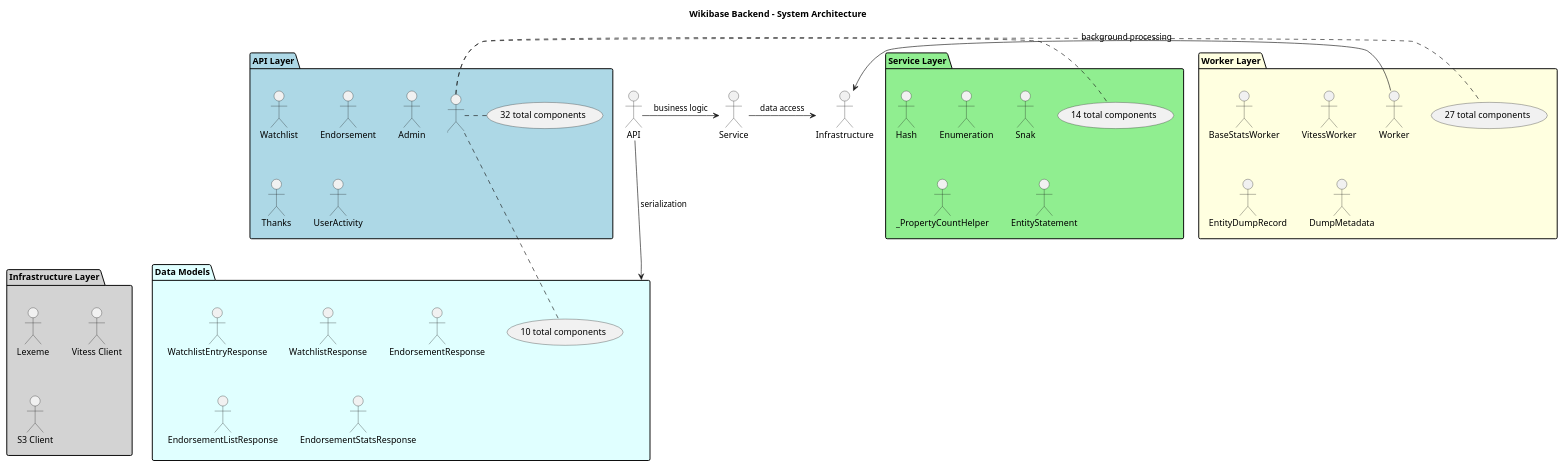
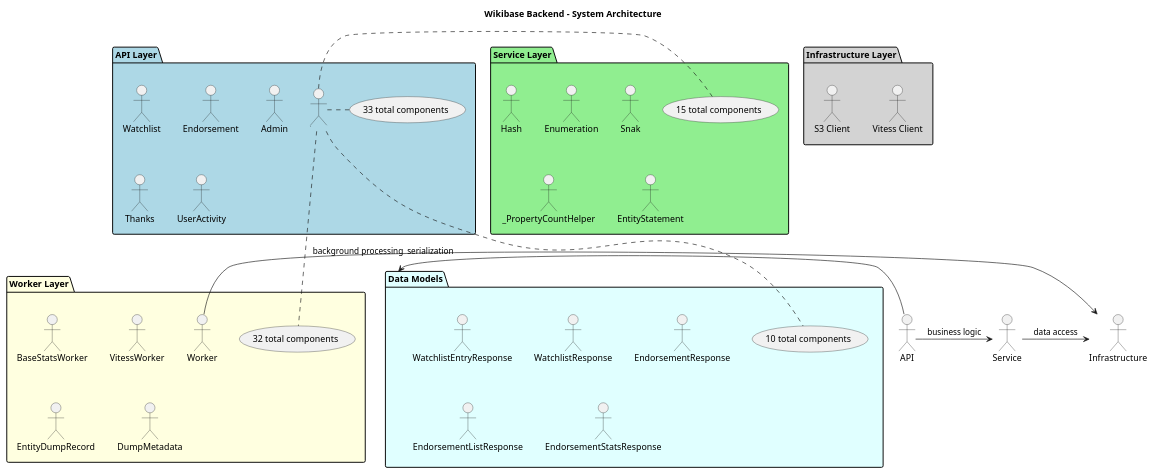
The diagram in docs/DIAGRAMS/system_architecture.puml (dpriskorn/entitybase-backend), drawn with PlantUML before and after one commit. The commit also changed 39 other files, not shown here.

```diff
--- a/docs/DIAGRAMS/system_architecture.puml
+++ b/docs/DIAGRAMS/system_architecture.puml
@@ -1,54 +1,53 @@
 @startuml System Architecture
 
 title Wikibase Backend - System Architecture
 
 package "API Layer" as APILayer #LightBlue {
     "Watchlist" as WatchlistHandler
     "Endorsement" as EndorsementHandler
     "Admin" as AdminHandler
     "Thanks" as ThanksHandler
     "UserActivity" as UserActivityHandler
-    ... (32 total components)
+    ... (33 total components)
 }
 
 package "Service Layer" as ServiceLayer #LightGreen {
     "Hash" as HashService
     "Enumeration" as EnumerationService
     "Snak" as SnakHandler
     "_PropertyCountHelper" as _PropertyCountHelper
     "EntityStatement" as EntityStatementService
-    ... (14 total components)
+    ... (15 total components)
 }
 
 package "Worker Layer" as WorkerLayer #LightYellow {
     "BaseStatsWorker" as BaseStatsWorker
     "VitessWorker" as VitessWorker
     "Worker" as Worker
     "EntityDumpRecord" as EntityDumpRecord
     "DumpMetadata" as DumpMetadata
-    ... (27 total components)
+    ... (32 total components)
 }
 
 package "Infrastructure Layer" as InfrastructureLayer #LightGray {
-    "Lexeme" as LexemeRepository
     "Vitess Client" as Vitess_Client
     "S3 Client" as S3_Client
 }
 
 package "Data Models" as DataModels #LightCyan {
     "WatchlistEntryResponse" as WatchlistEntryResponse
     "WatchlistResponse" as WatchlistResponse
     "EndorsementResponse" as EndorsementResponse
     "EndorsementListResponse" as EndorsementListResponse
     "EndorsementStatsResponse" as EndorsementStatsResponse
     ... (10 total components)
 }
 
 
 ' Relationships
 API -> Service : business logic
 Service -> Infrastructure : data access
 Worker -> Infrastructure : background processing
 API -> DataModels : serialization
 
 @enduml
```
